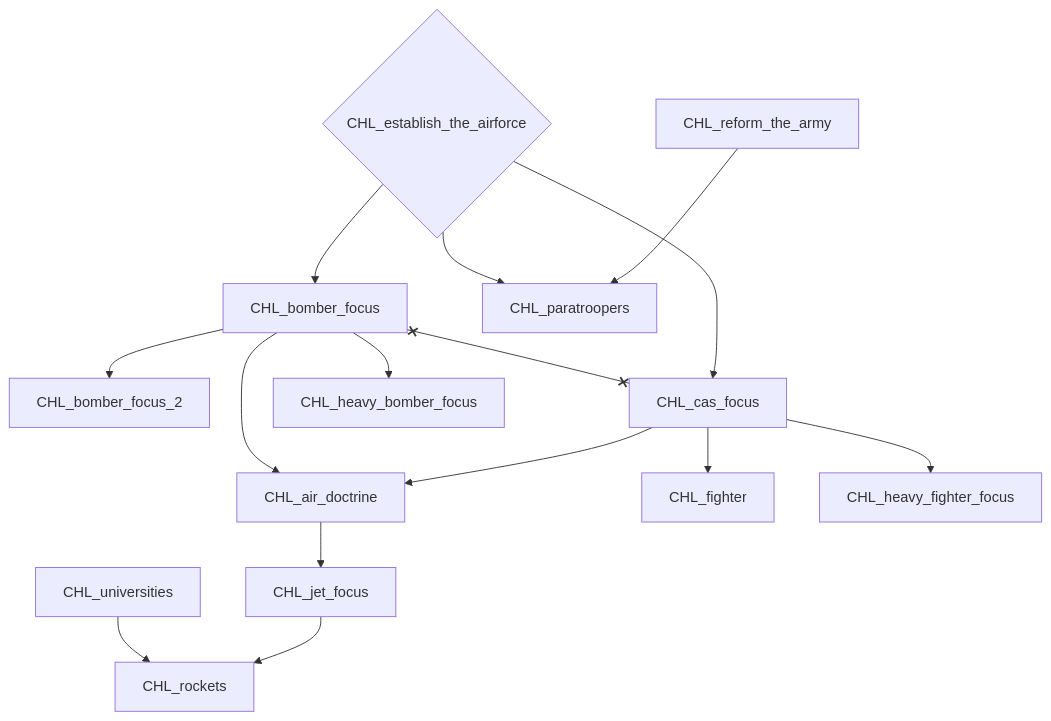
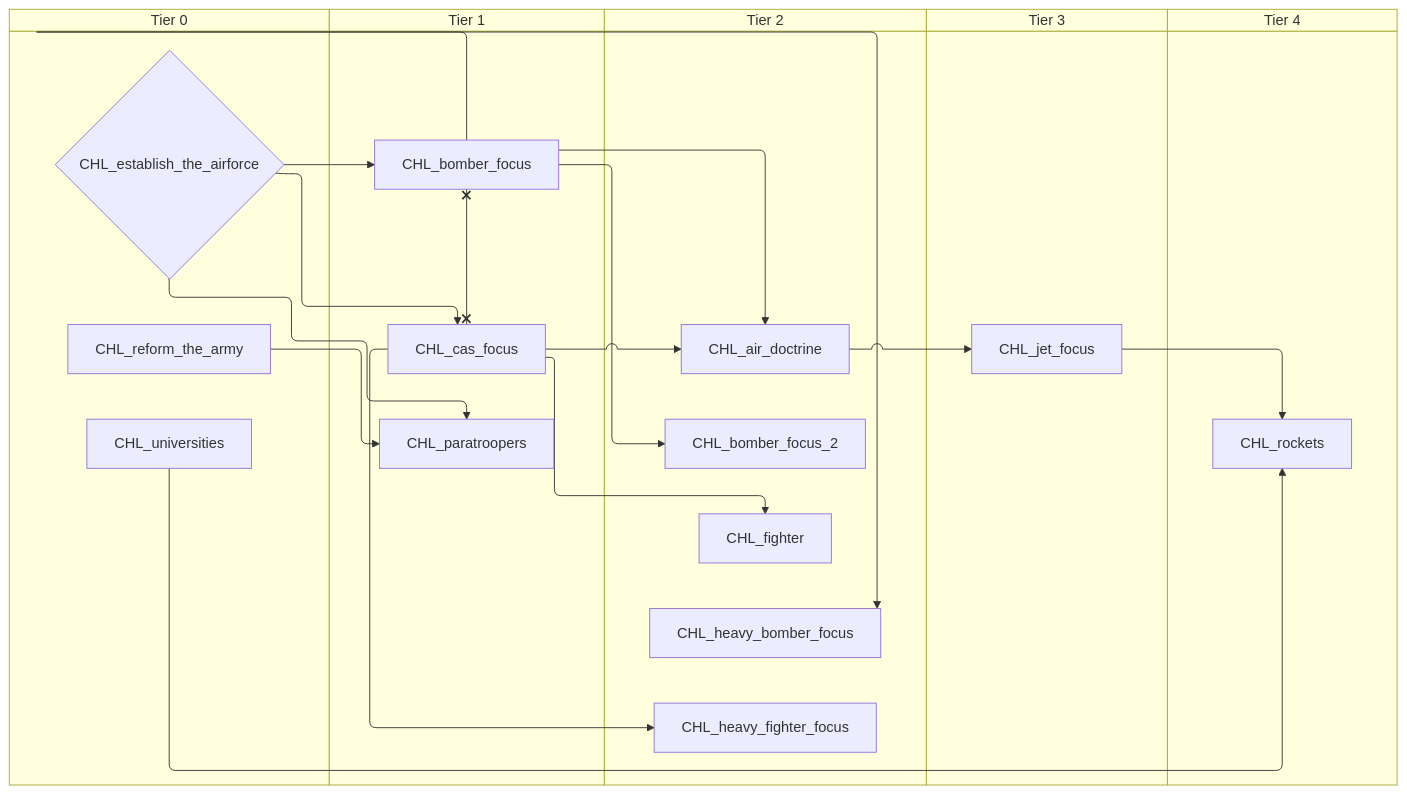
Before and after one commit to evgeny-sobol/hoi4-sandbox-mode-r56: the second of 7 diagrams in docs/gdd/National Focuses/r56/r56_chile.md, drawn with Mermaid. The commit also changed other lines of this file and 423 other files, not shown here.

First line of the commit message:
Re-export Rt56 focus trees as swimlane diagrams

````diff
--- a/docs/gdd/National Focuses/r56/r56_chile.md
+++ b/docs/gdd/National Focuses/r56/r56_chile.md
@@ -35,30 +49,40 @@
 ```mermaid
-flowchart TD
-    n14["CHL_air_doctrine"]
-    n15["CHL_bomber_focus"]
-    n16["CHL_bomber_focus_2"]
-    n17["CHL_cas_focus"]
-    n18{"CHL_establish_the_airforce"}
-    n19["CHL_fighter"]
-    n20["CHL_heavy_bomber_focus"]
-    n21["CHL_heavy_fighter_focus"]
-    n22["CHL_jet_focus"]
-    n23["CHL_paratroopers"]
-    n24["CHL_reform_the_army"]
-    n25["CHL_rockets"]
-    n26["CHL_universities"]
-    n17 --> n14
-    n15 --> n14
-    n18 --> n15
-    n15 --> n16
-    n18 --> n17
-    n17 --> n19
-    n15 --> n20
+swimlane-beta TD
+    subgraph tier_0["Tier 0"]
+        n14{"CHL_establish_the_airforce"}
+        n15["CHL_reform_the_army"]
+        n16["CHL_universities"]
+    end
+    subgraph tier_1["Tier 1"]
+        n17["CHL_bomber_focus"]
+        n18["CHL_cas_focus"]
+        n19["CHL_paratroopers"]
+    end
+    subgraph tier_2["Tier 2"]
+        n20["CHL_air_doctrine"]
+        n21["CHL_bomber_focus_2"]
+        n22["CHL_fighter"]
+        n23["CHL_heavy_bomber_focus"]
+        n24["CHL_heavy_fighter_focus"]
+    end
+    subgraph tier_3["Tier 3"]
+        n25["CHL_jet_focus"]
+    end
+    subgraph tier_4["Tier 4"]
+        n26["CHL_rockets"]
+    end
+    n18 --> n20
+    n17 --> n20
+    n14 --> n17
     n17 --> n21
-    n14 --> n22
-    n24 --> n23
-    n18 --> n23
-    n22 --> n25
-    n26 --> n25
-    n15 x--x n17
+    n14 --> n18
+    n18 --> n22
+    n17 --> n23
+    n18 --> n24
+    n20 --> n25
+    n15 --> n19
+    n14 --> n19
+    n25 --> n26
+    n16 --> n26
+    n17 x--x n18
 ```
````
